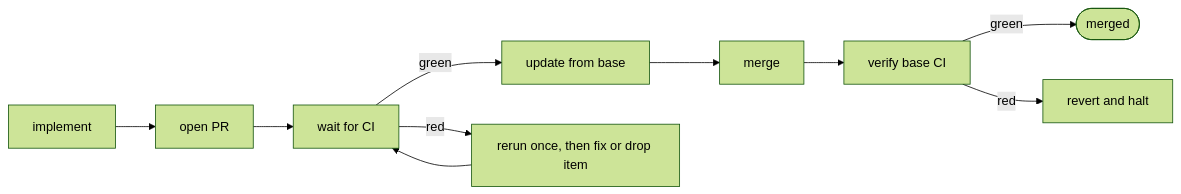
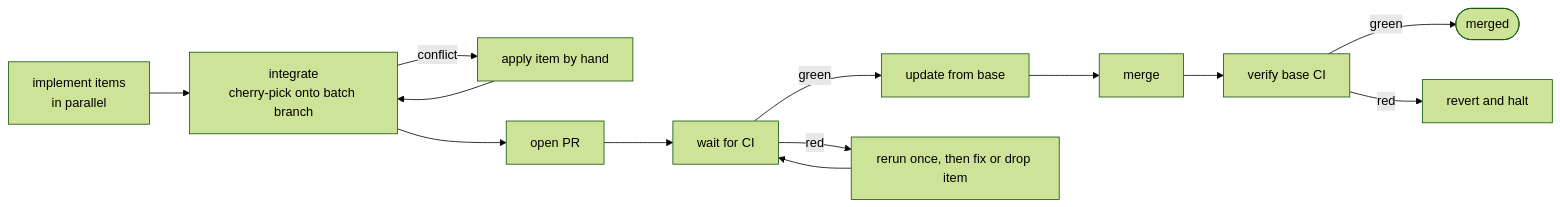
One commit to aanyberg/agent-conventions changed the second of 2 diagrams in skills/backlog-loop/README.md. Above: the diagram before and after it, drawn with Mermaid (forest theme). The commit also changed other lines of this file and 17 other files, not shown here.

First line of the commit message:
feat(backlog-loop): implement a batch's items in parallel, with a model per item (#53)

````diff
--- a/skills/backlog-loop/README.md
+++ b/skills/backlog-loop/README.md
@@ -116,12 +118,15 @@
 ```mermaid
 flowchart LR
-    A[implement] --> B[open PR]
+    P["implement items<br/>in parallel"] --> Q["integrate<br/>cherry-pick onto batch branch"]
+    Q -->|conflict| R[apply item by hand]
+    R --> Q
+    Q --> B[open PR]
     B --> C[wait for CI]
     C -->|green| D[update from base]
     C -->|red| E[rerun once, then fix or drop item]
     E --> C
     D --> F[merge]
     F --> G[verify base CI]
     G -->|green| H([merged])
     G -->|red| I[revert and halt]
 ```
````
